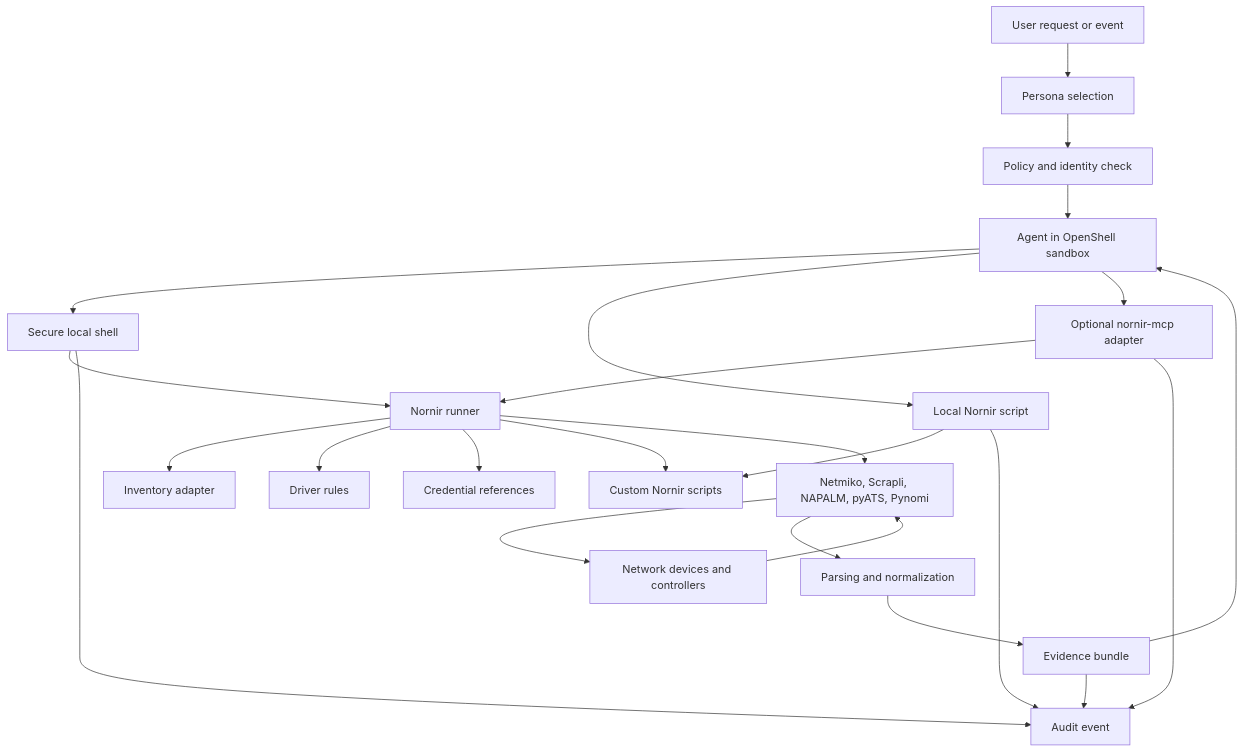
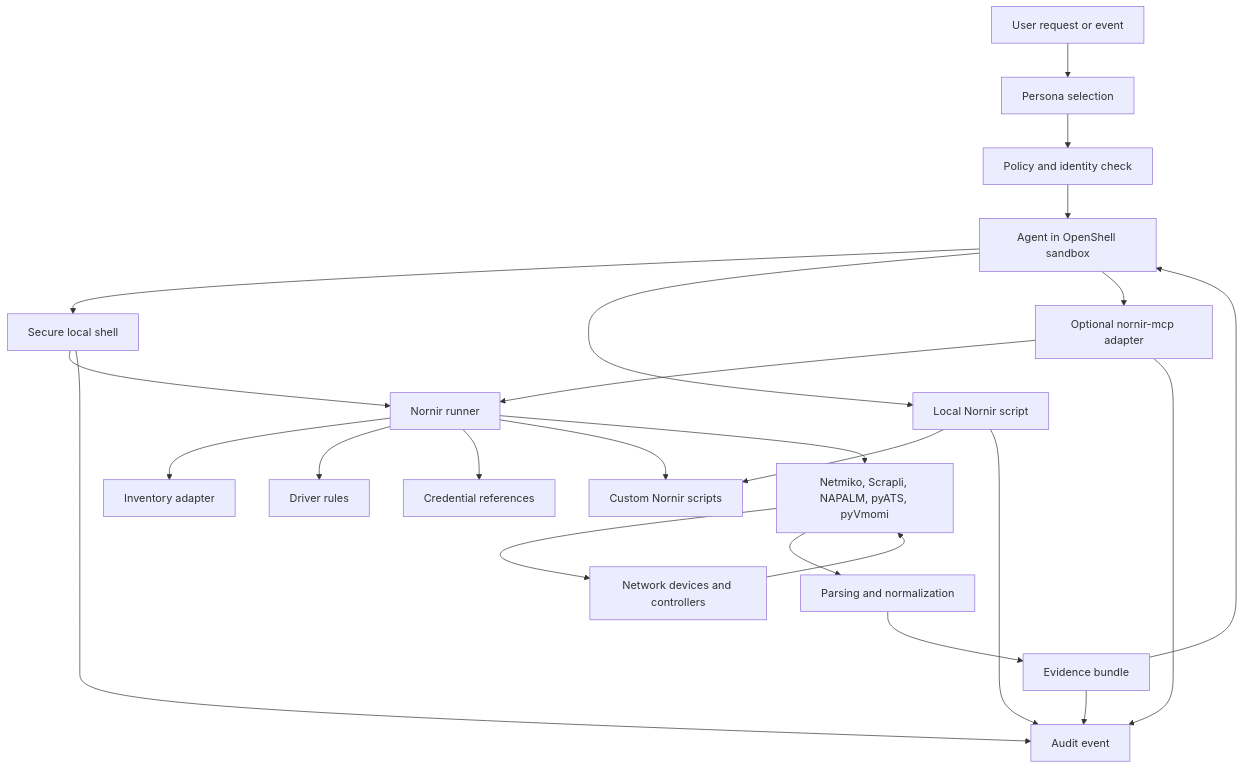
One commit to ColtMercer/the-agentic-network-platform changed the sixth of 8 diagrams in docs/architecture/openshell-nornir-agent-runtime.md. Above: the diagram before and after it, drawn with Mermaid. The commit also changed other lines of this file and 8 other files, not shown here.

````diff
--- a/docs/architecture/openshell-nornir-agent-runtime.md
+++ b/docs/architecture/openshell-nornir-agent-runtime.md
@@ -421,44 +424,44 @@
 ```mermaid
 flowchart TB
     request["User request or event"]
     persona["Persona selection"]
     policy["Policy and identity check"]
     agent["Agent in OpenShell sandbox"]
     shell["Secure local shell"]
     localscript["Local Nornir script"]
     optionalmcp["Optional nornir-mcp adapter"]
     inventory["Inventory adapter"]
     driverrules["Driver rules"]
     secrets["Credential references"]
     runner["Nornir runner"]
     scripts["Custom Nornir scripts"]
-    drivers["Netmiko, Scrapli, NAPALM, pyATS, Pynomi"]
+    drivers["Netmiko, Scrapli, NAPALM, pyATS, pyVmomi"]
     targets["Network devices and controllers"]
     parser["Parsing and normalization"]
     evidence["Evidence bundle"]
     audit["Audit event"]
 
     request --> persona
     persona --> policy
     policy --> agent
     agent --> shell
     agent --> localscript
     agent --> optionalmcp
     shell --> runner
     localscript --> scripts
     optionalmcp --> runner
     runner --> inventory
     runner --> driverrules
     runner --> secrets
     runner --> scripts
     runner --> drivers
     drivers --> targets
     targets --> drivers
     drivers --> parser
     parser --> evidence
     evidence --> agent
     shell --> audit
     localscript --> audit
     optionalmcp --> audit
     evidence --> audit
 ```
````
